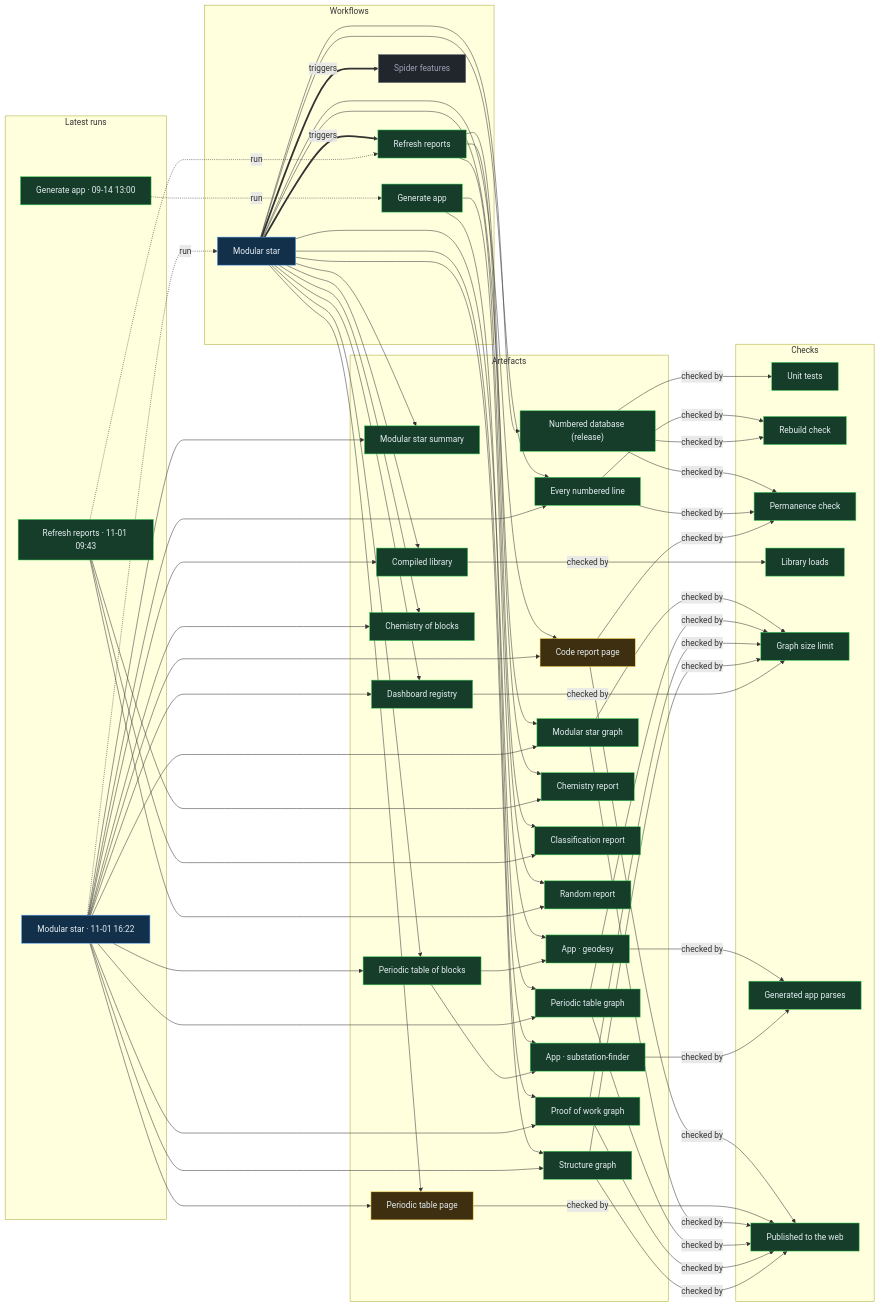
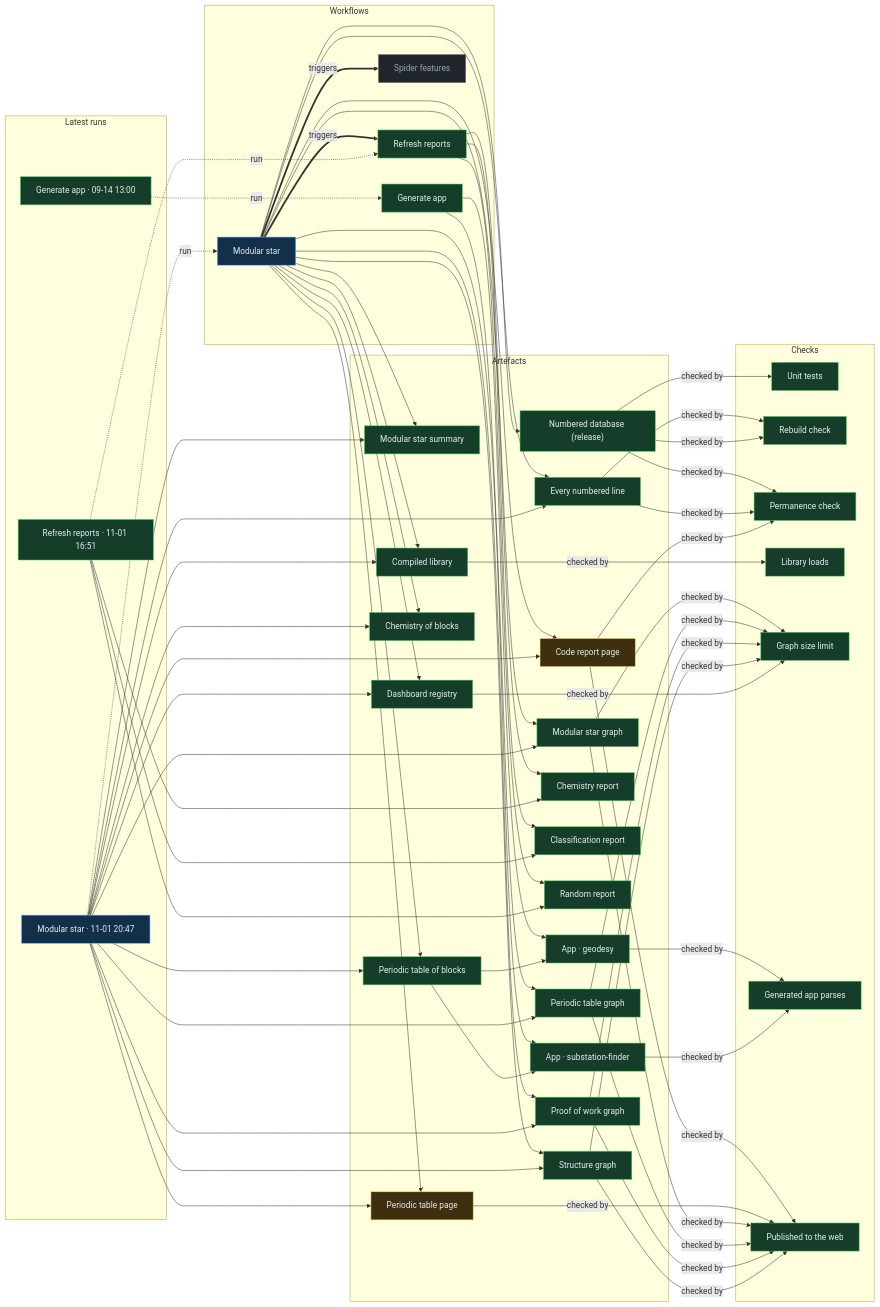
One commit to Ventusltd/stars changed the diagram in proof/PROOF.md. Above: the diagram before and after it, drawn with Mermaid. The commit also changed other lines of this file and 55 other files, not shown here.

Commit message:
Modular star 2026-11-01T20:50Z

```diff
--- a/proof/PROOF.md
+++ b/proof/PROOF.md
@@ -24,8 +24,8 @@
   n_wf_spider_features["Spider features"]:::off
   end
   subgraph g_runs["Latest runs"]
-  n_run_41326032244["Modular star · 11-01 16:22"]:::live
-  n_run_41294323092["Refresh reports · 11-01 09:43"]:::ok
+  n_run_41348687167["Modular star · 11-01 20:47"]:::live
+  n_run_41328455057["Refresh reports · 11-01 16:51"]:::ok
   n_run_34846587798["Generate app · 09-14 13:00"]:::ok
   end
   subgraph g_artefacts["Artefacts"]
@@ -59,39 +59,39 @@
   end
   n_wf_modular_star == triggers ==> n_wf_refresh
   n_wf_modular_star == triggers ==> n_wf_spider_features
-  n_run_41326032244 -. run .-> n_wf_modular_star
-  n_run_41294323092 -. run .-> n_wf_refresh
+  n_run_41348687167 -. run .-> n_wf_modular_star
+  n_run_41328455057 -. run .-> n_wf_refresh
   n_run_34846587798 -. run .-> n_wf_generate
   n_wf_modular_star --> n_art_summary
-  n_run_41326032244 --> n_art_summary
+  n_run_41348687167 --> n_art_summary
   n_wf_modular_star --> n_art_lines
-  n_run_41326032244 --> n_art_lines
+  n_run_41348687167 --> n_art_lines
   n_wf_modular_star --> n_art_code
-  n_run_41326032244 --> n_art_code
+  n_run_41348687167 --> n_art_code
   n_wf_modular_star --> n_art_modular_graph
-  n_run_41326032244 --> n_art_modular_graph
+  n_run_41348687167 --> n_art_modular_graph
   n_wf_modular_star --> n_art_blocks
-  n_run_41326032244 --> n_art_blocks
+  n_run_41348687167 --> n_art_blocks
   n_wf_modular_star --> n_art_table
-  n_run_41326032244 --> n_art_table
+  n_run_41348687167 --> n_art_table
   n_wf_modular_star --> n_art_blocks_graph
-  n_run_41326032244 --> n_art_blocks_graph
+  n_run_41348687167 --> n_art_blocks_graph
   n_wf_modular_star --> n_art_reactions
-  n_run_41326032244 --> n_art_reactions
+  n_run_41348687167 --> n_art_reactions
   n_wf_modular_star --> n_art_library
-  n_run_41326032244 --> n_art_library
+  n_run_41348687167 --> n_art_library
   n_wf_modular_star --> n_art_features
-  n_run_41326032244 --> n_art_features
+  n_run_41348687167 --> n_art_features
   n_wf_modular_star --> n_art_proof
-  n_run_41326032244 --> n_art_proof
+  n_run_41348687167 --> n_art_proof
   n_wf_modular_star --> n_art_structure
-  n_run_41326032244 --> n_art_structure
+  n_run_41348687167 --> n_art_structure
   n_wf_refresh --> n_art_chemistry
-  n_run_41294323092 --> n_art_chemistry
+  n_run_41328455057 --> n_art_chemistry
   n_wf_refresh --> n_art_vedic
-  n_run_41294323092 --> n_art_vedic
+  n_run_41328455057 --> n_art_vedic
   n_wf_refresh --> n_art_random
-  n_run_41294323092 --> n_art_random
+  n_run_41328455057 --> n_art_random
   n_wf_modular_star --> n_art_release
   n_wf_generate --> n_app_geodesy
   n_art_blocks --> n_app_geodesy
```
